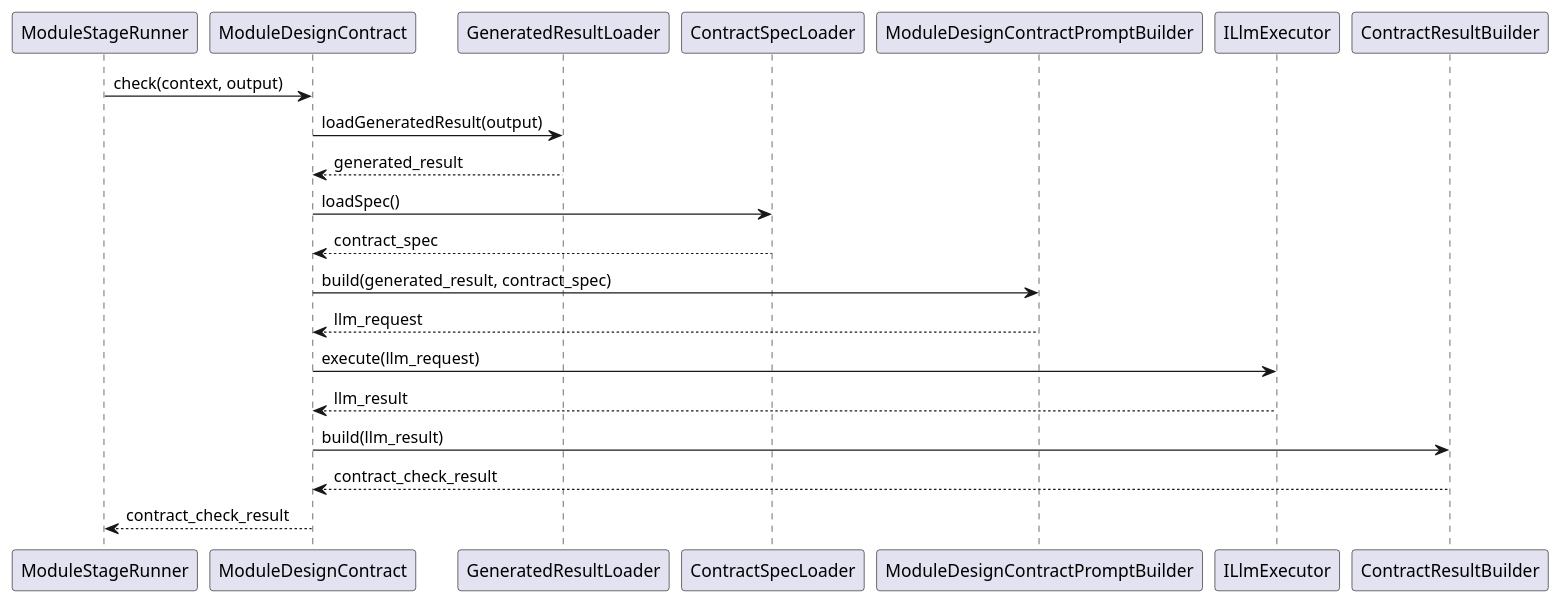
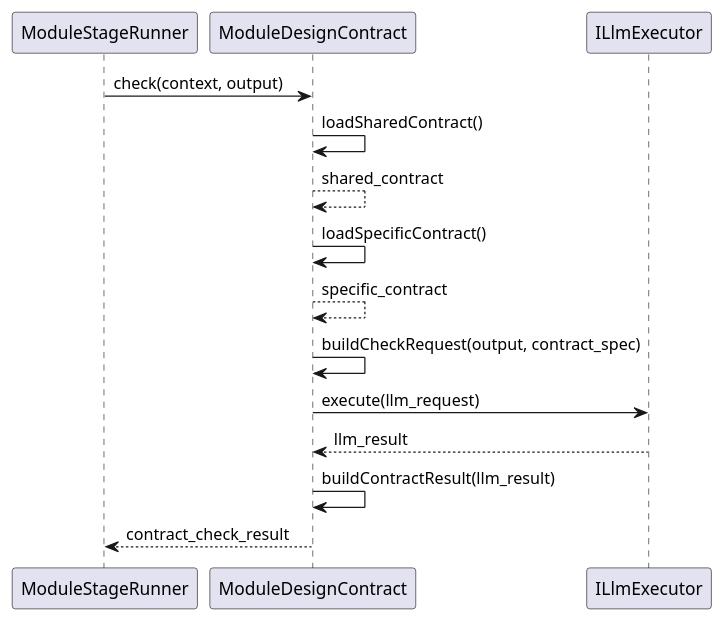
The second of 2 diagrams in meta_layer/docs/design_docs/Contract/ModuleDesignContract.md (lucky-chen/ai_workflow_travel), drawn with PlantUML before and after one commit. The commit also changed other lines of this file and 3 other files, not shown here.

First line of the commit message:
[AI] gpt-5.4: align contract design docs with pattern overrides

````diff
--- a/meta_layer/docs/design_docs/Contract/ModuleDesignContract.md
+++ b/meta_layer/docs/design_docs/Contract/ModuleDesignContract.md
@@ -84,24 +75,18 @@
 ```plantuml
 @startuml
 participant ModuleStageRunner
 participant ModuleDesignContract
-participant GeneratedResultLoader
-participant ContractSpecLoader
-participant ModuleDesignContractPromptBuilder
 participant ILlmExecutor
-participant ContractResultBuilder
 
 ModuleStageRunner -> ModuleDesignContract: check(context, output)
-ModuleDesignContract -> GeneratedResultLoader: loadGeneratedResult(output)
-GeneratedResultLoader --> ModuleDesignContract: generated_result
-ModuleDesignContract -> ContractSpecLoader: loadSpec()
-ContractSpecLoader --> ModuleDesignContract: contract_spec
-ModuleDesignContract -> ModuleDesignContractPromptBuilder: build(generated_result, contract_spec)
-ModuleDesignContractPromptBuilder --> ModuleDesignContract: llm_request
+ModuleDesignContract -> ModuleDesignContract: loadSharedContract()
+ModuleDesignContract --> ModuleDesignContract: shared_contract
+ModuleDesignContract -> ModuleDesignContract: loadSpecificContract()
+ModuleDesignContract --> ModuleDesignContract: specific_contract
+ModuleDesignContract -> ModuleDesignContract: buildCheckRequest(output, contract_spec)
 ModuleDesignContract -> ILlmExecutor: execute(llm_request)
 ILlmExecutor --> ModuleDesignContract: llm_result
-ModuleDesignContract -> ContractResultBuilder: build(llm_result)
-ContractResultBuilder --> ModuleDesignContract: contract_check_result
+ModuleDesignContract -> ModuleDesignContract: buildContractResult(llm_result)
 ModuleDesignContract --> ModuleStageRunner: contract_check_result
 @enduml
 ```
````
